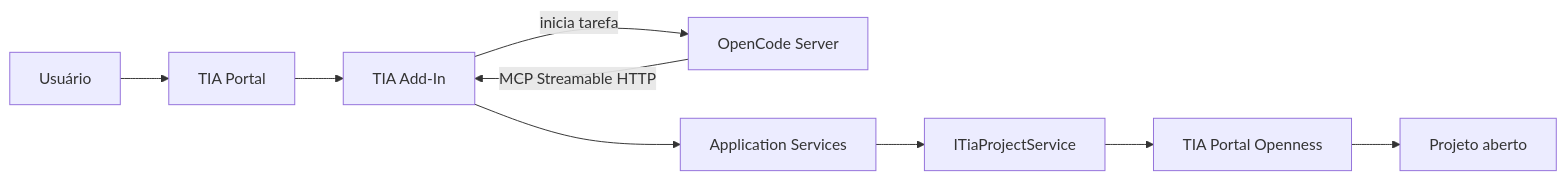
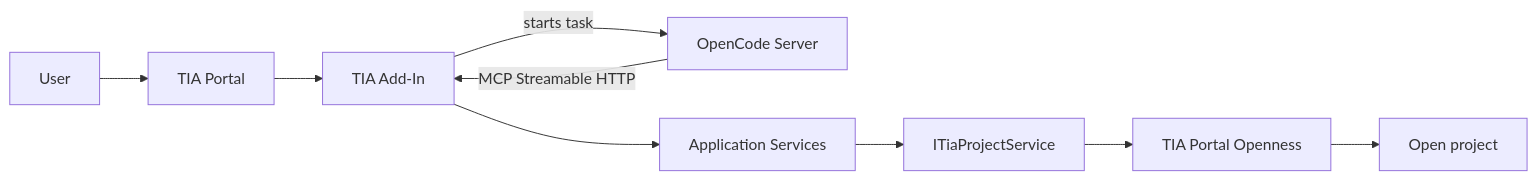
The first of 4 diagrams in docs/spec/ARCHITECTURE.md (allanmarum/tia-portal-code-agent), drawn with Mermaid before and after one commit. The commit also changed other lines of this file and 98 other files, not shown here.

````diff
--- a/docs/spec/ARCHITECTURE.md
+++ b/docs/spec/ARCHITECTURE.md
@@ -125,11 +125,11 @@
 ```mermaid
 flowchart LR
-    U[Usuário] --> TIA[TIA Portal]
+    U[User] --> TIA[TIA Portal]
     TIA --> ADDIN[TIA Add-In]
-    ADDIN -->|inicia tarefa| OC[OpenCode Server]
+    ADDIN -->|starts task| OC[OpenCode Server]
     OC -->|MCP Streamable HTTP| ADDIN
     ADDIN --> APP[Application Services]
     APP --> SVC[ITiaProjectService]
     SVC --> OPENNESS[TIA Portal Openness]
-    OPENNESS --> PROJECT[Projeto aberto]
+    OPENNESS --> PROJECT[Open project]
 ```
````
